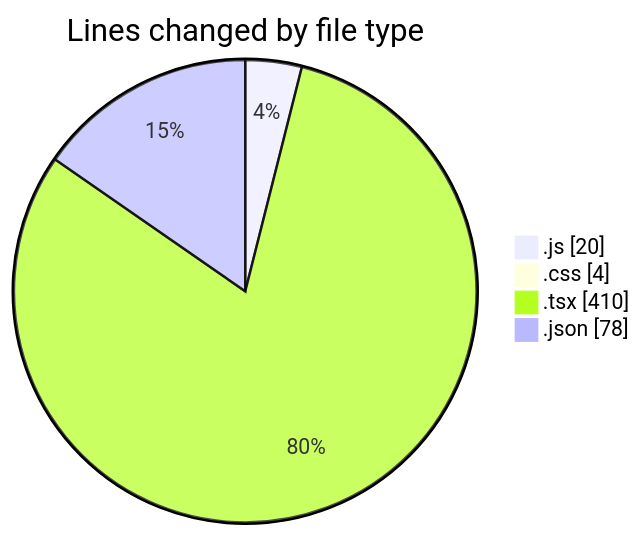
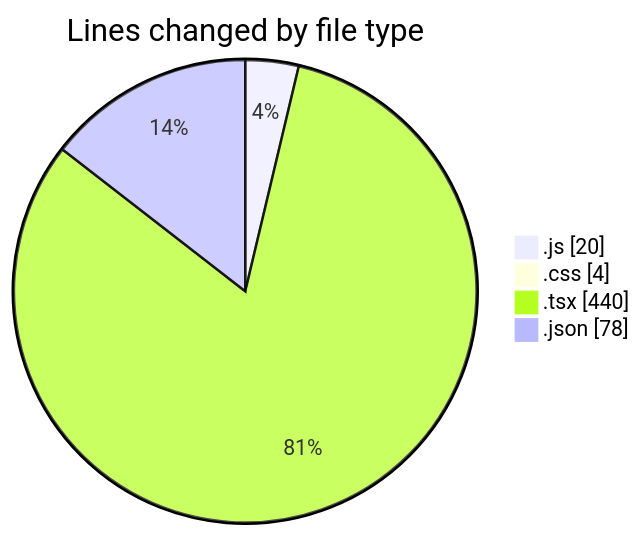
One commit to Ritupan-Deka/code-tracking changed the first of 2 diagrams in 2025-06-19/scopecraft/README.md. Above: the diagram before and after it, drawn with Mermaid. The commit also changed other lines of this file and 1 other file, not shown here.

````diff
--- a/2025-06-19/scopecraft/README.md
+++ b/2025-06-19/scopecraft/README.md
@@ -33,8 +33,8 @@
 ```mermaid
 pie showData
 title Lines changed by file type
 ".js" : 20
 ".css" : 4
-".tsx" : 410
+".tsx" : 440
 ".json" : 78
 ```
````
